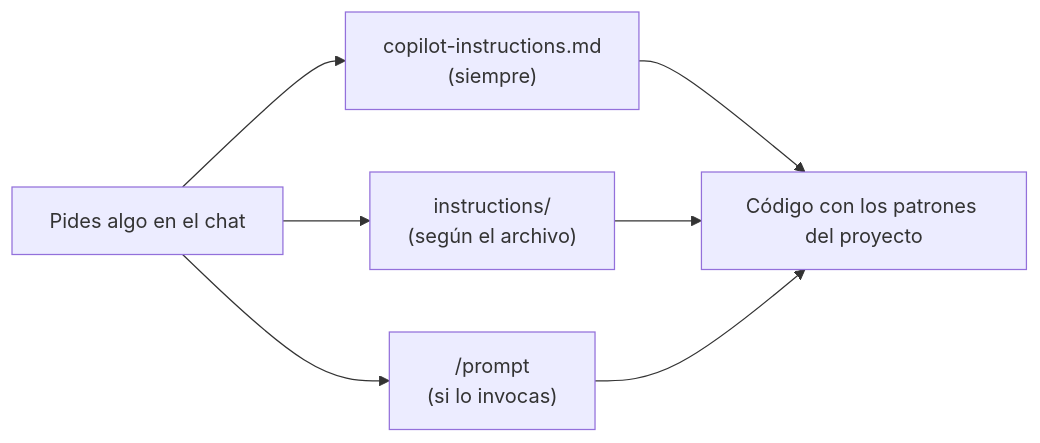
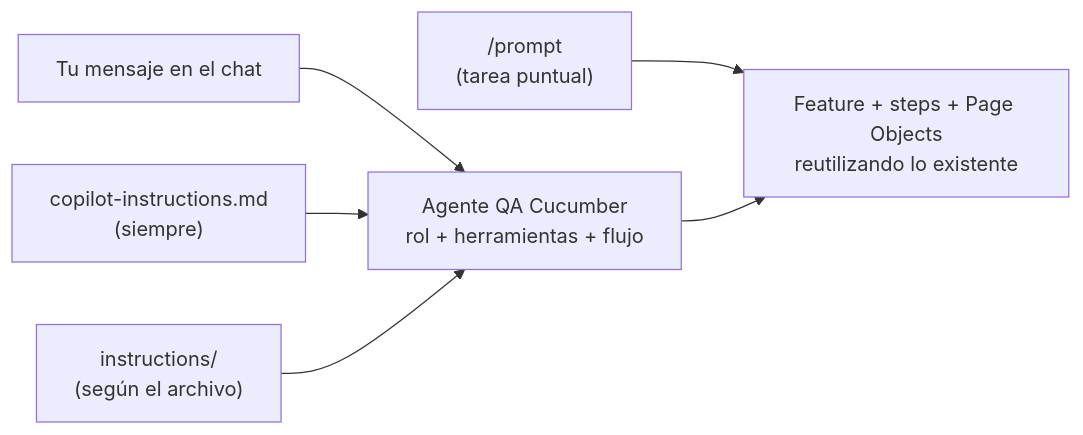
One commit to BrandLuna/playwright-curso changed the diagram in README.md. Above: the diagram before and after it, drawn with Mermaid. The commit also changed other lines of this file and 1 other file, not shown here.

Commit message:
docs(clase-08): README de agente de IA y MCP, y workflow solo en main

````diff
--- a/README.md
+++ b/README.md
@@ -313,9 +95,8 @@
 ```mermaid
 flowchart LR
-    A["Pides algo en el chat"] --> B["copilot-instructions.md<br/>(siempre)"]
-    A --> C["instructions/<br/>(según el archivo)"]
-    A --> D["/prompt<br/>(si lo invocas)"]
-    B --> E["Código con los patrones del proyecto"]
-    C --> E
-    D --> E
+    U["Tu mensaje en el chat"] --> A["Agente QA Cucumber<br/>rol + herramientas + flujo"]
+    G["copilot-instructions.md<br/>(siempre)"] --> A
+    I["instructions/<br/>(según el archivo)"] --> A
+    P["/prompt<br/>(tarea puntual)"] --> R
+    A --> R["Feature + steps + Page Objects<br/>reutilizando lo existente"]
 ```
````
